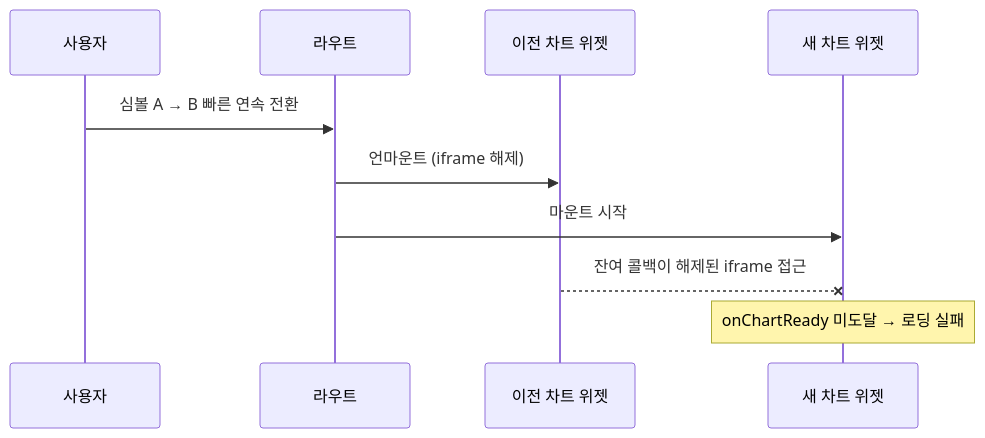
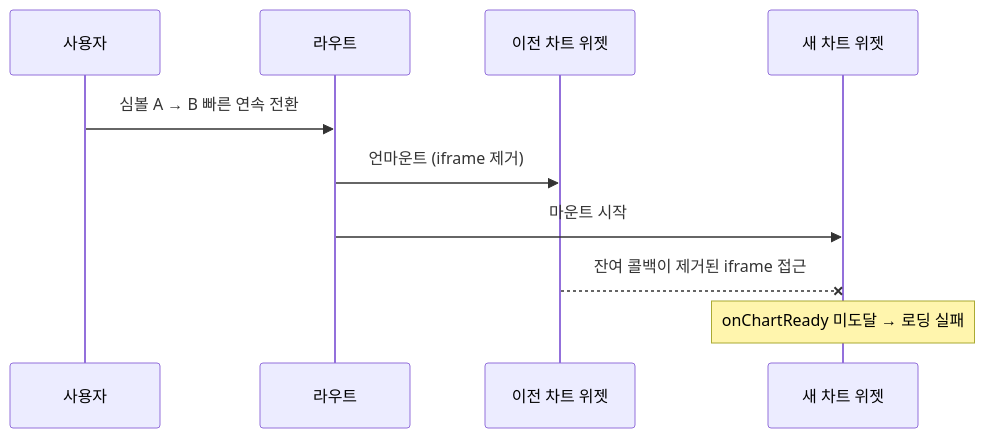
One commit to shkiimaa/shkiimaa.github.io changed the diagram in src/diagrams/bitria-chart-lifecycle.mmd. Above: the diagram before and after it, drawn with Mermaid. The commit also changed 6 other files, not shown here.

First line of the commit message:
Clarify chart case cause wording and unify iframe removal terms

```diff
--- a/src/diagrams/bitria-chart-lifecycle.mmd
+++ b/src/diagrams/bitria-chart-lifecycle.mmd
@@ -1,10 +1,10 @@
 sequenceDiagram
     participant U as 사용자
     participant R as 라우트
     participant W1 as 이전 차트 위젯
     participant W2 as 새 차트 위젯
     U->>R: 심볼 A → B 빠른 연속 전환
-    R->>W1: 언마운트 (iframe 해제)
+    R->>W1: 언마운트 (iframe 제거)
     R->>W2: 마운트 시작
-    W1--xW2: 잔여 콜백이 해제된 iframe 접근
+    W1--xW2: 잔여 콜백이 제거된 iframe 접근
     Note over W2: onChartReady 미도달 → 로딩 실패
```
